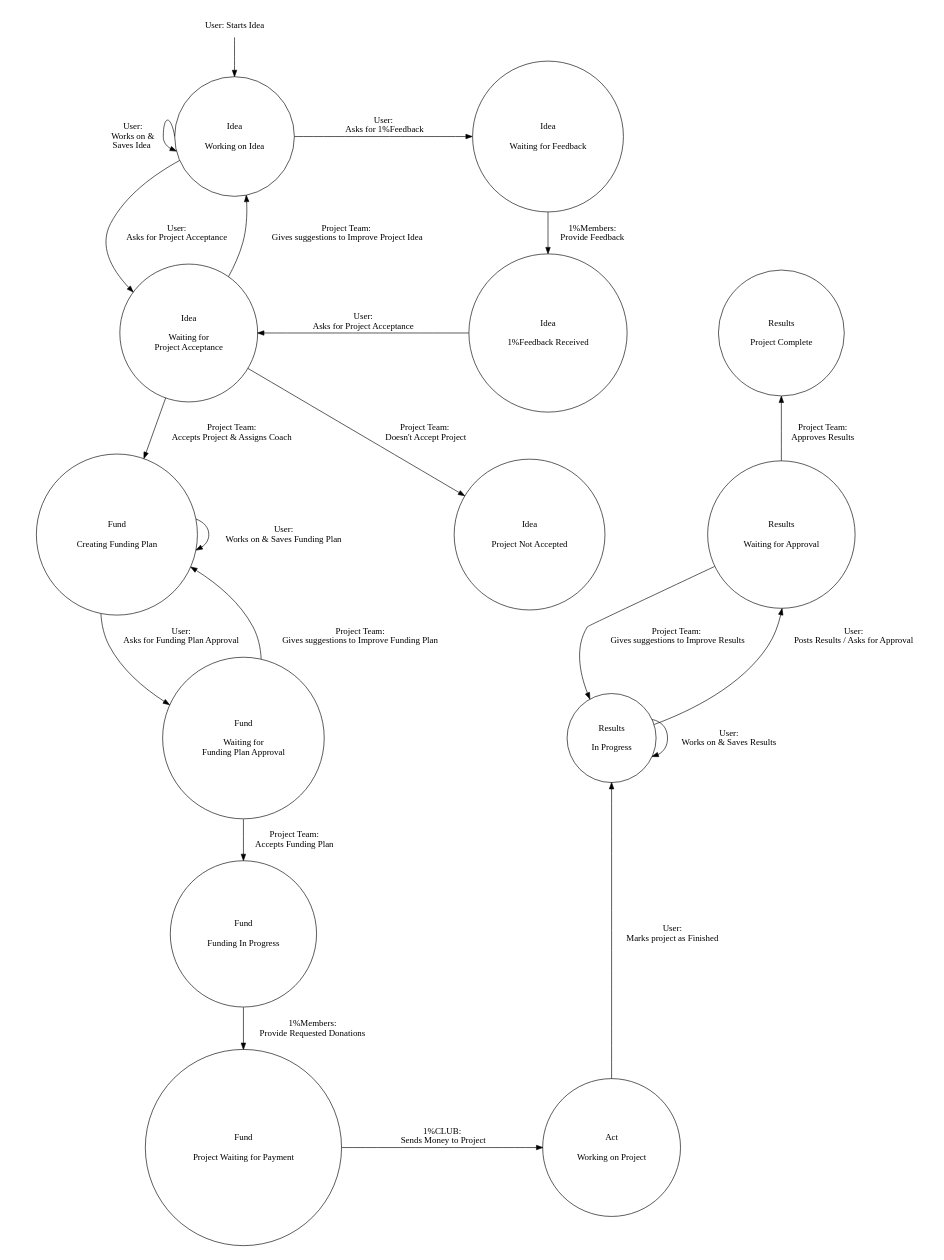
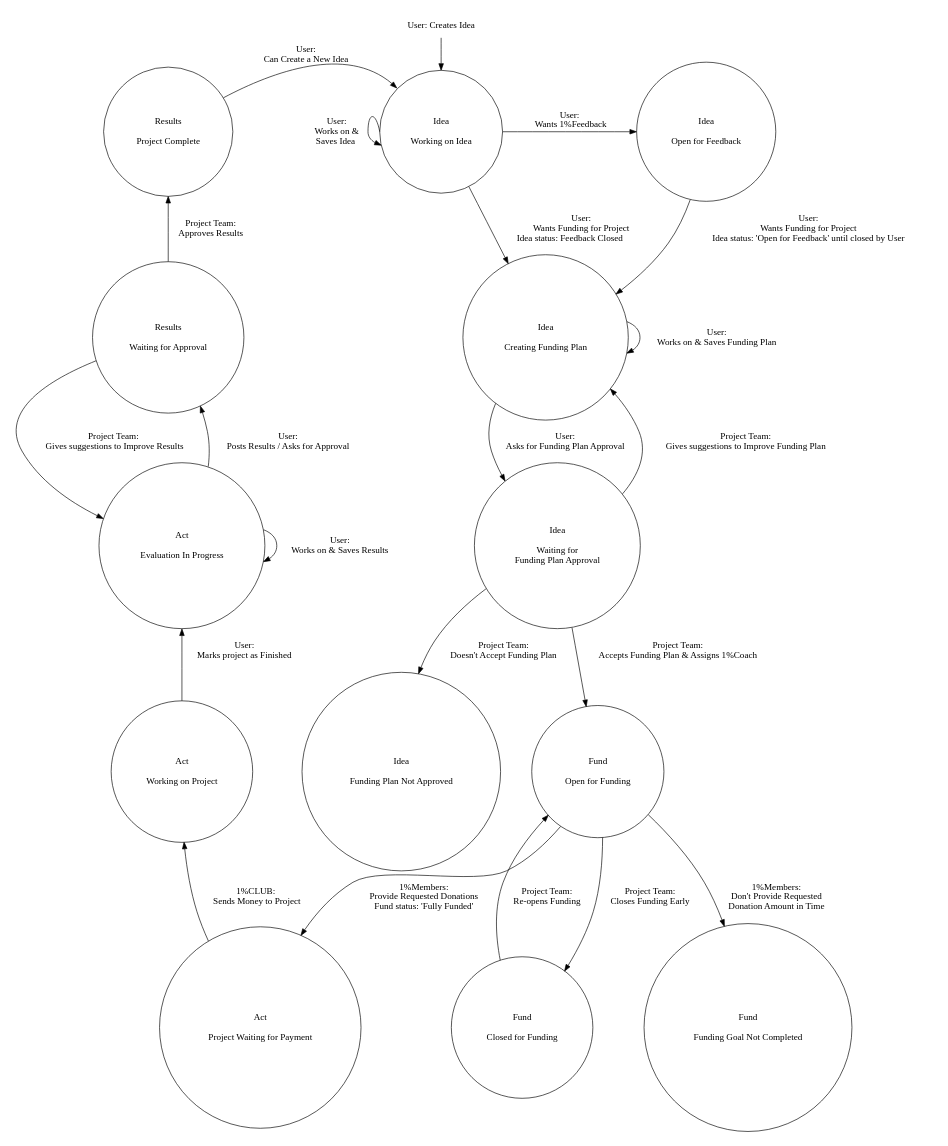
One commit to onepercentclub/onepercentclub-site changed the diagram in docs/projects/projects-state-diagram.dot. Above: the diagram before and after it, drawn with Graphviz.

Commit message:
Update project state diagram again.

```diff
--- a/docs/projects/projects-state-diagram.dot
+++ b/docs/projects/projects-state-diagram.dot
@@ -1,97 +1,97 @@
 // http://old.nabble.com/Fixedsize-nodes-respecting-label-size-td23537069.html
 //
 // Generate pdf with this line to get equal sized nodes:
 //
 // dot -Tpdf -Nwidth=$(dot projects-state-diagram.dot | sed -E -n 's/^.*width="([0-9.]+)".*$/\1/p' | sort | tail -1) -O projects-state-diagram.dot
 
 digraph G {
 	/*
 	 * Global graph settings
 	 */
-    size="7.87,11.29"; // fit on A4 paper (size in inches)
+        size="7.87,11.29"; // fit on A4 paper (size in inches)
 	ratio=fill;
 	margin="0.2";
 	node [ shape=circle ];
 
 	/*
 	 * Edge definitions
 	 */
 	// Idea: in progress
 	start -> idea_working_on_idea;
 	idea_working_on_idea -> idea_working_on_idea [ label=" User:\nWorks on &\n  Saves Idea  ", tailport=w ];
-	idea_working_on_idea -> idea_waiting_for_project_acceptance [ label="User:\n Asks for Project Acceptance " ];
-	idea_working_on_idea -> idea_waiting_for_feedback [ label="User:\n  Asks for 1%Feedback" ];
+	idea_working_on_idea -> idea_creating_funding_plan [ label="User:\n Wants Funding for Project\n Idea status: Feedback Closed          " ];
+	idea_working_on_idea -> idea_open_for_feedback [ label="User:\n  Wants 1%Feedback" ];
 
-	// Idea: waiting for feedback
-	idea_waiting_for_feedback -> idea_feedback_received [ label="  1%Members:\n  Provide Feedback" ];
+	// Idea: open for feedback
+	idea_open_for_feedback -> idea_creating_funding_plan [ label="User:\nWants Funding for Project\n Idea status: 'Open for Feedback' until closed by User" ];
 
-	// Idea: feedback received
-    idea_feedback_received -> idea_waiting_for_project_acceptance[ label="User:\nAsks for Project Acceptance" ];
+	// Idea: creating funding plan
+	idea_creating_funding_plan -> idea_creating_funding_plan [ label="User:\n Works on & Saves Funding Plan" ];
+	idea_creating_funding_plan -> idea_waiting_for_plan_approval [ label="User:\nAsks for Funding Plan Approval" ];
 
-	// Idea: waiting for approval
-	idea_waiting_for_project_acceptance -> idea_working_on_idea  [ label="Project Team:\n  Gives suggestions to Improve Project Idea" ];
-	idea_waiting_for_project_acceptance -> idea_project_not_accepted [ label="Project Team:\n  Doesn't Accept Project" ];
-    idea_waiting_for_project_acceptance -> fund_creating_funding_plan [ label="Project Team:\n Accepts Project & Assigns Coach" ];
+	// Idea: waiting for plan approval
+	idea_waiting_for_plan_approval -> idea_creating_funding_plan  [ label="Project Team:\n Gives suggestions to Improve Funding Plan" ];
+	idea_waiting_for_plan_approval -> fund_open_for_funding [ label="Project Team:\n Accepts Funding Plan & Assigns 1%Coach" ];
+	idea_waiting_for_plan_approval -> idea_funding_plan_not_approved [ label="Project Team:\n Doesn't Accept Funding Plan" ];
 
-	// Fund: creating funding plan
-	fund_creating_funding_plan -> fund_creating_funding_plan [ label="User:\n Works on & Saves Funding Plan" ];
-	fund_creating_funding_plan -> fund_waiting_for_plan_approval [ label="User:\nAsks for Funding Plan Approval" ];
+	// Fund: open for funding 
+	fund_open_for_funding -> act_project_waiting_for_payment [ label="1%Members:\n Provide Requested Donations\nFund status: 'Fully Funded'" ];
+	fund_open_for_funding -> fund_funding_goal_not_completed [ label="1%Members:\n Don't Provide Requested\nDonation Amount in Time" ];
+	fund_open_for_funding -> fund_closed_for_funding [ label="Project Team:\n Closes Funding Early" ];
 
-	// Fund: waiting for plan approval
-	fund_waiting_for_plan_approval -> fund_creating_funding_plan  [ label="Project Team:\n Gives suggestions to Improve Funding Plan" ];
-	fund_waiting_for_plan_approval -> fund_funding_in_progress [ label="Project Team:\n Accepts Funding Plan" ];
+	// Fund: closed for funding
+	fund_closed_for_funding -> fund_open_for_funding [ label="Project Team:\n Re-opens Funding" ];
 
-	// Fund: funding in progress
-	fund_funding_in_progress -> fund_project_waiting_for_payment [ label="1%Members:\n Provide Requested Donations" ];
-
-	// Fund: funding in progress
-	fund_project_waiting_for_payment -> act_working_on_project [ label="1%CLUB:\n  Sends Money to Project" ];
+	// Act: project waiting for payment
+	act_project_waiting_for_payment -> act_working_on_project [ label="1%CLUB:\n  Sends Money to Project" ];
 
 	// Act: in progress
-	act_working_on_project -> results_in_progress [ label="User:\n Marks project as Finished" ];
+	act_working_on_project -> act_evaluation_in_progress [ label="User:\n Marks project as Finished" ];
 
-	// Results: in progress
-	results_in_progress -> results_in_progress [ label=" User:\n Works on & Saves Results" ];
-	results_in_progress -> results_waiting_for_approval [ label=" User:\n Posts Results / Asks for Approval" ];
+	// Act: eval in progress
+	act_evaluation_in_progress -> act_evaluation_in_progress [ label=" User:\n Works on & Saves Results" ];
+	act_evaluation_in_progress -> results_waiting_for_approval [ label=" User:\n Posts Results / Asks for Approval" ];
 
 	// Results: waiting for approval
-	results_waiting_for_approval -> results_in_progress [ label=" Project Team:\n  Gives suggestions to Improve Results" ];
+	results_waiting_for_approval -> act_evaluation_in_progress [ label=" Project Team:\n  Gives suggestions to Improve Results" ];
 	results_waiting_for_approval -> results_project_complete [ label=" Project Team:\n Approves Results" ];
+
+	// Results: project complete
+	results_project_complete -> idea_working_on_idea:nw [ label="User:\nCan Create a New Idea" ];
 
 	/*
 	 * Node properties
 	 */
 	// start / end
-	start [ label="User: Starts Idea", shape=plaintext ];
+	start [ label="User: Creates Idea", shape=plaintext ];
 
 	// Idea
 	idea_working_on_idea [ label="Idea\n\nWorking on Idea" ];
-	idea_waiting_for_project_acceptance [ label="Idea\n\nWaiting for\nProject Acceptance" ];
-	idea_project_not_accepted [ label="Idea\n\nProject Not Accepted",shape=circle ];
-	idea_waiting_for_feedback [ label="Idea\n\nWaiting for Feedback",shape=circle ];
-	idea_feedback_received [ label="Idea\n\n1%Feedback Received",shape=circle ];
+	idea_open_for_feedback [ label="Idea\n\nOpen for Feedback", ];
+	idea_creating_funding_plan [ label="Idea\n\nCreating Funding Plan",shape=circle ];
+	idea_waiting_for_plan_approval [ label="Idea\n\nWaiting for\nFunding Plan Approval" ];
+	idea_funding_plan_not_approved [ label="Idea\n\nFunding Plan Not Approved" ];
 
 	// Funding
-	fund_creating_funding_plan [ label="Fund\n\nCreating Funding Plan",shape=circle ];
-	fund_waiting_for_plan_approval [ label="Fund\n\nWaiting for\nFunding Plan Approval" ];
-	fund_funding_in_progress [ label="Fund\n\nFunding In Progress" ];
-	fund_project_waiting_for_payment [ label="Fund\n\nProject Waiting for Payment",shape=circle ];
+	fund_open_for_funding [ label="Fund\n\nOpen for Funding" ];
+	fund_closed_for_funding [ label="Fund\n\nClosed for Funding" ];
+	fund_funding_goal_not_completed [ label="Fund\n\nFunding Goal Not Completed" ];
 
 	// Act
+	act_project_waiting_for_payment [ label="Act\n\nProject Waiting for Payment" ];
 	act_working_on_project [ label="Act\n\nWorking on Project" ];
+	act_evaluation_in_progress [ label="Act\n\nEvaluation In Progress" ];
 
 	// Results
-	results_in_progress [ label="Results\n\nIn Progress" ];
 	results_waiting_for_approval [ label="Results\n\nWaiting for Approval" ];
 	results_project_complete [ label="Results\n\nProject Complete" ];
 
 	/*
 	 * Node levels
 	 */
-	{ rank=same; idea_working_on_idea idea_waiting_for_feedback };
-	{ rank=same; idea_feedback_received idea_waiting_for_project_acceptance results_project_complete };
-	{ rank=same; fund_creating_funding_plan results_waiting_for_approval };
-	{ rank=same; fund_waiting_for_plan_approval results_in_progress };
-	{ rank=same; fund_funding_in_progress };
-	{ rank=same; fund_project_waiting_for_payment act_working_on_project };
+	{ rank=same; idea_working_on_idea idea_open_for_feedback results_project_complete };
+	{ rank=same; idea_creating_funding_plan results_waiting_for_approval };
+	{ rank=same; idea_waiting_for_plan_approval act_evaluation_in_progress };
+	{ rank=same; fund_open_for_funding act_working_on_project };
+	{ rank=same; act_project_waiting_for_payment }; 
 }
```
